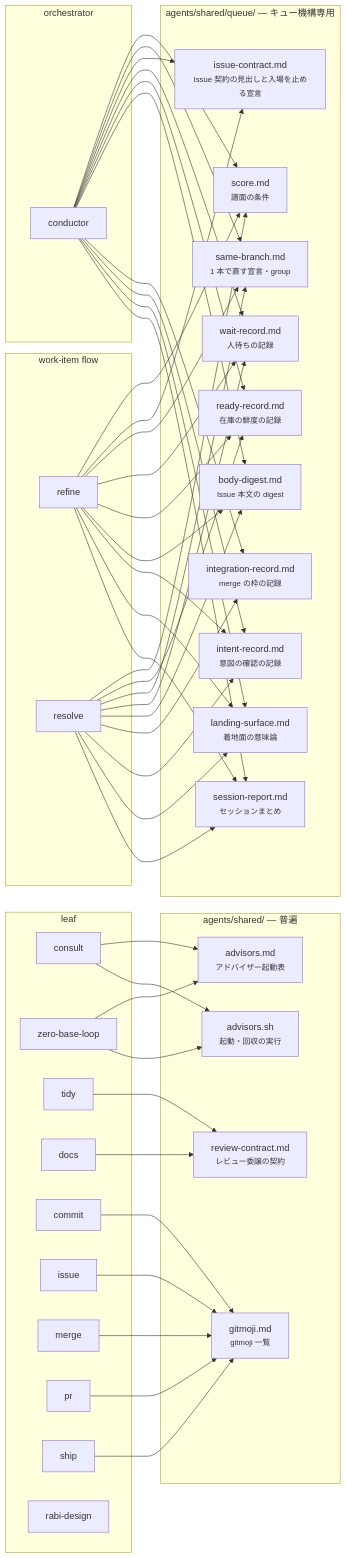
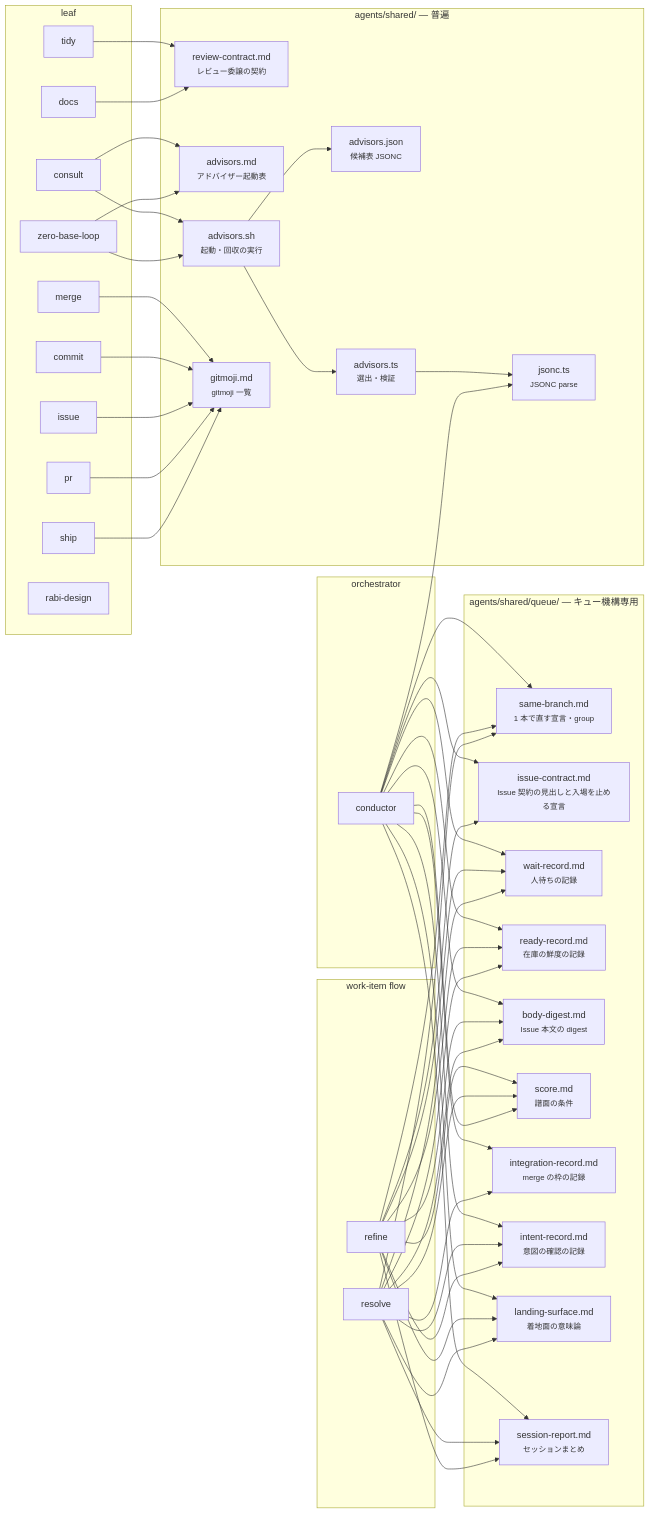
Before and after one commit to usagizmo/agentfiles: the second of 2 diagrams in agents/docs/structure.md, drawn with Mermaid. The commit also changed other lines of this file and 20 other files, not shown here.

```diff
--- a/agents/docs/structure.md
+++ b/agents/docs/structure.md
@@ -95,6 +95,9 @@
     subgraph shared["agents/shared/ — 普遍"]
         RC["review-contract.md<br/><small>レビュー委譲の契約</small>"]
         AD["advisors.md<br/><small>アドバイザー起動表</small>"]
+        AJ["advisors.json<br/><small>候補表 JSONC</small>"]
+        JC["jsonc.ts<br/><small>JSONC parse</small>"]
+        AM["advisors.ts<br/><small>選出・検証</small>"]
         AS["advisors.sh<br/><small>起動・回収の実行</small>"]
         GM["gitmoji.md<br/><small>gitmoji 一覧</small>"]
     end
@@ -144,6 +147,10 @@
     CS --> AS
     ZB --> AD
     ZB --> AS
+    AS --> AJ
+    AS --> AM
+    AM --> JC
+    CO --> JC
     TD --> RC
     DC --> RC
     CM --> GM
```
